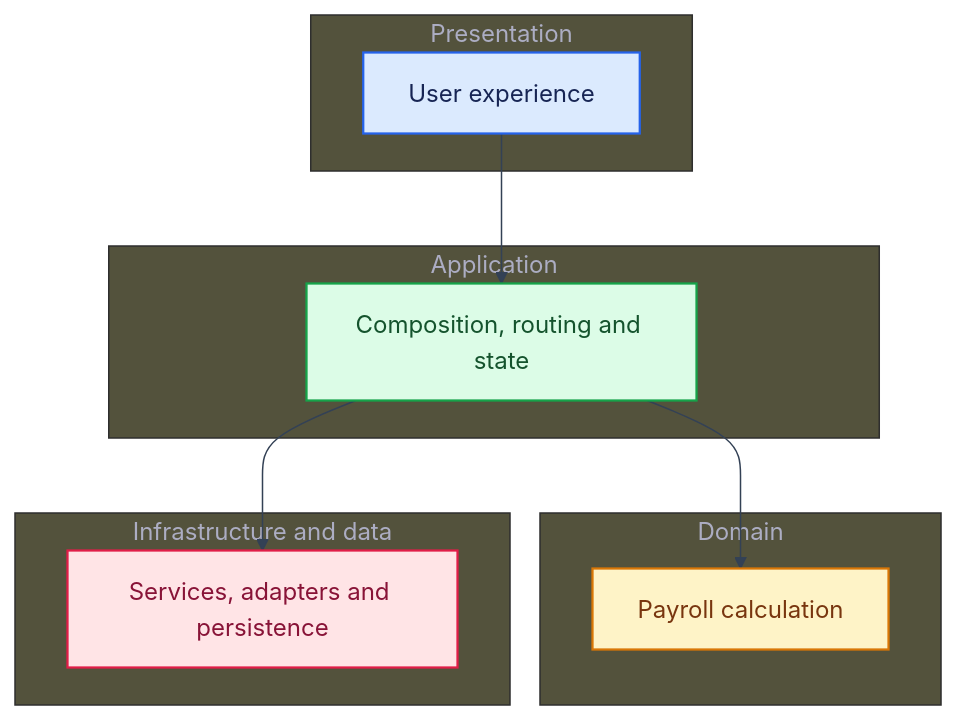
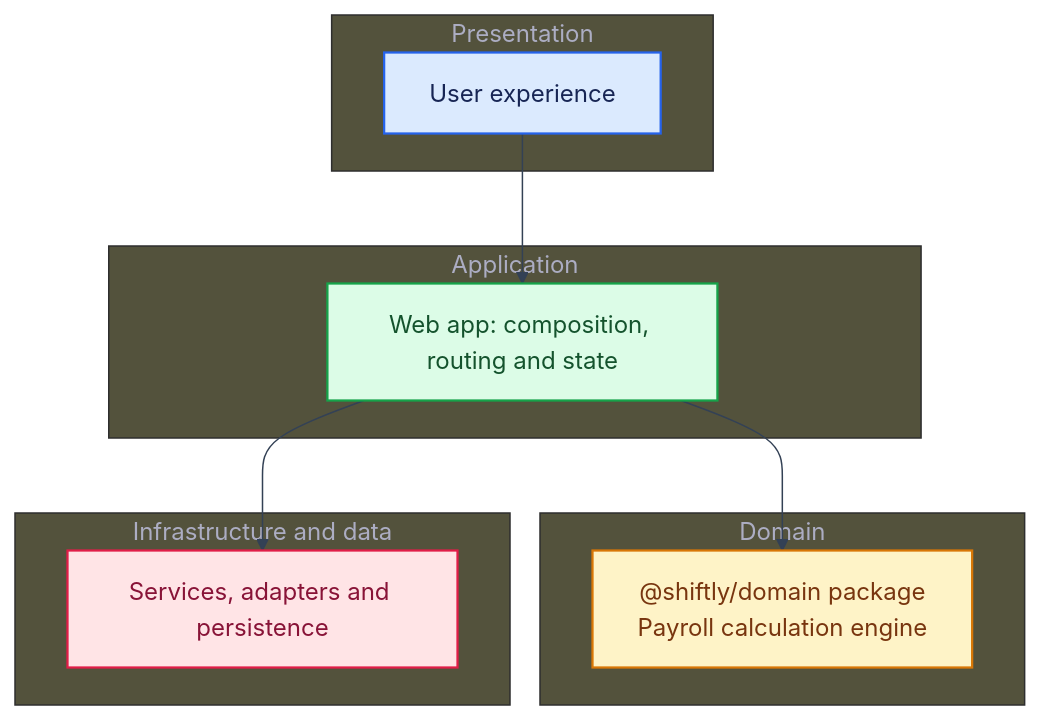
Before and after one commit to dmaman86/shiftly: the first of 5 diagrams in docs/reference/README.md, drawn with Mermaid. The commit also changed other lines of this file and 593 other files, not shown here.

Commit message:
refactor(domain): extract payroll engine into workspace package

````diff
--- a/docs/reference/README.md
+++ b/docs/reference/README.md
@@ -128,42 +128,42 @@
 ```mermaid
 ---
 config:
   theme: base
   themeVariables:
     background: "#1e1e2e"
     primaryColor: "#313244"
     primaryTextColor: "#cdd6f4"
     primaryBorderColor: "#89b4fa"
     lineColor: "#334155"
     edgeLabelBackground: "#ffffff"
 ---
 flowchart TD
   subgraph group_presentation["Presentation"]
     layer_presentation["User experience"]
   end
 
   subgraph group_application["Application"]
-    layer_application["Composition, routing and state"]
+    layer_application["Web app: composition, routing and state"]
   end
 
   subgraph group_domain["Domain"]
-    layer_domain["Payroll calculation"]
+    layer_domain["@shiftly/domain package<br/>Payroll calculation engine"]
   end
 
   subgraph group_data["Infrastructure and data"]
     layer_data["Services, adapters and persistence"]
   end
 
   layer_presentation --> layer_application
   layer_application --> layer_domain
   layer_application --> layer_data
 
   classDef toneBlue fill:#dbeafe,stroke:#2563eb,stroke-width:1.5px,color:#172554
   classDef toneAmber fill:#fef3c7,stroke:#d97706,stroke-width:1.5px,color:#78350f
   classDef toneMint fill:#dcfce7,stroke:#16a34a,stroke-width:1.5px,color:#14532d
   classDef toneRose fill:#ffe4e6,stroke:#e11d48,stroke-width:1.5px,color:#881337
   class layer_presentation toneBlue
   class layer_application toneMint
   class layer_domain toneAmber
   class layer_data toneRose
 ```
````
